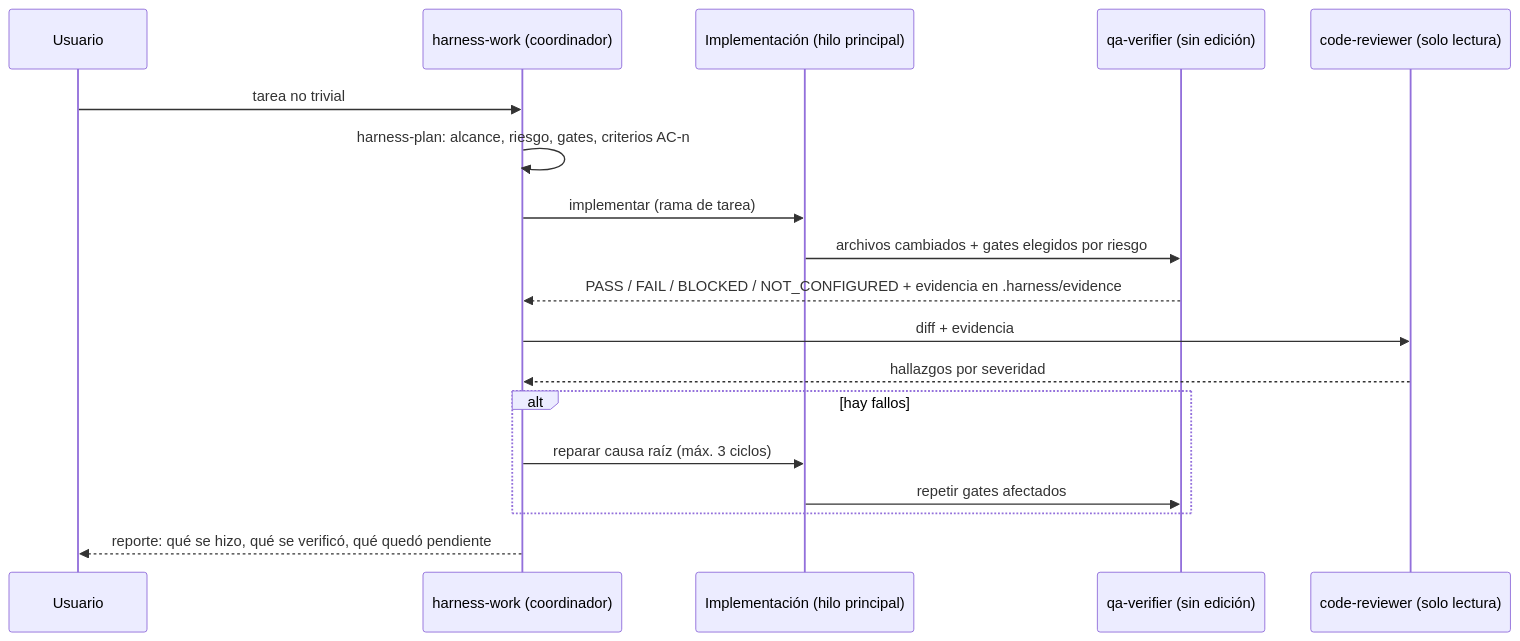
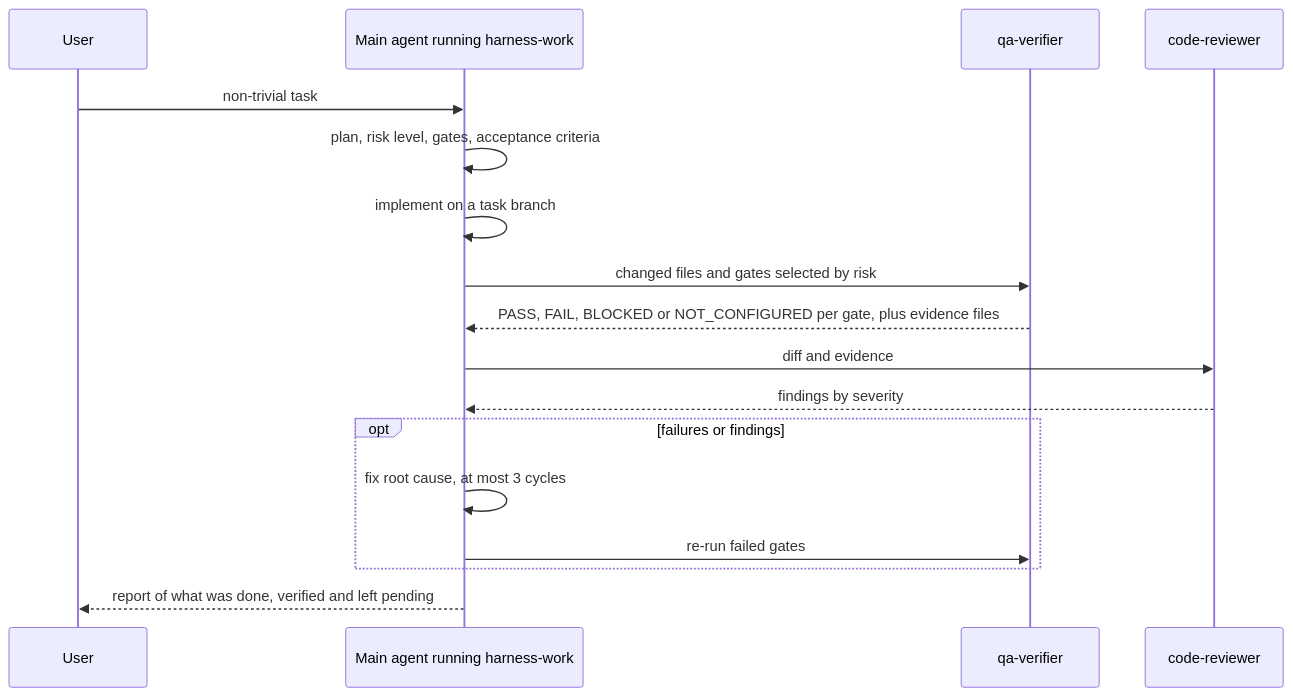
Before and after one commit to MarBlanco/ClaudeCode-agentes-skills: the second of 3 diagrams in README.md, drawn with Mermaid. The commit also changed other lines of this file, not shown here.

````diff
--- a/README.md
+++ b/README.md
@@ -64,20 +69,19 @@
 ```mermaid
 sequenceDiagram
-  participant U as Usuario
-  participant W as harness-work (coordinador)
-  participant I as Implementación (hilo principal)
-  participant V as qa-verifier (sin edición)
-  participant R as code-reviewer (solo lectura)
-  U->>W: tarea no trivial
-  W->>W: harness-plan: alcance, riesgo, gates, criterios AC-n
-  W->>I: implementar (rama de tarea)
-  I->>V: archivos cambiados + gates elegidos por riesgo
-  V-->>W: PASS / FAIL / BLOCKED / NOT_CONFIGURED + evidencia en .harness/evidence
-  W->>R: diff + evidencia
-  R-->>W: hallazgos por severidad
-  alt hay fallos
-    W->>I: reparar causa raíz (máx. 3 ciclos)
-    I->>V: repetir gates afectados
+  participant U as User
+  participant M as Main agent running harness-work
+  participant V as qa-verifier
+  participant R as code-reviewer
+  U->>M: non-trivial task
+  M->>M: plan, risk level, gates, acceptance criteria
+  M->>M: implement on a task branch
+  M->>V: changed files and gates selected by risk
+  V-->>M: PASS, FAIL, BLOCKED or NOT_CONFIGURED per gate, plus evidence files
+  M->>R: diff and evidence
+  R-->>M: findings by severity
+  opt failures or findings
+    M->>M: fix root cause, at most 3 cycles
+    M->>V: re-run failed gates
   end
-  W-->>U: reporte: qué se hizo, qué se verificó, qué quedó pendiente
+  M-->>U: report of what was done, verified and left pending
 ```
````
